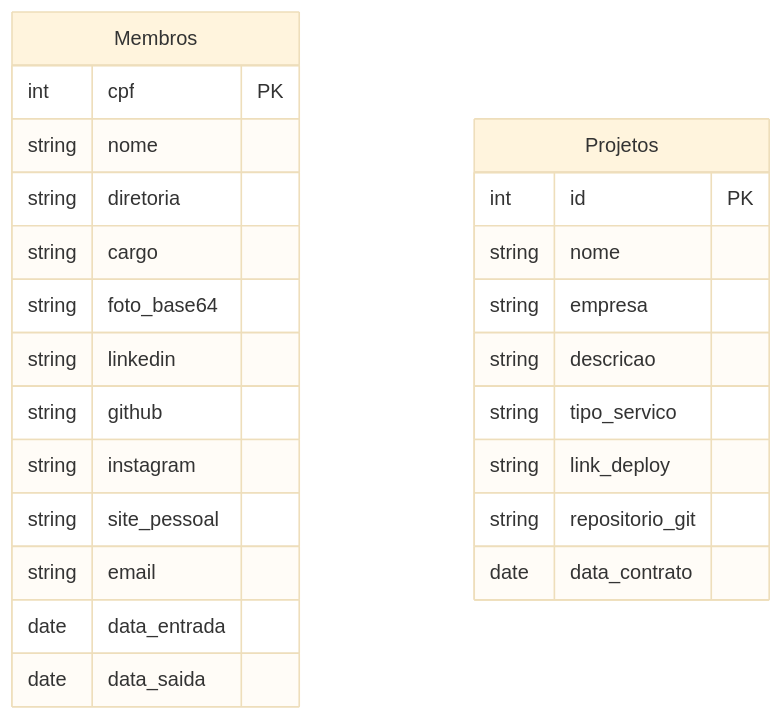
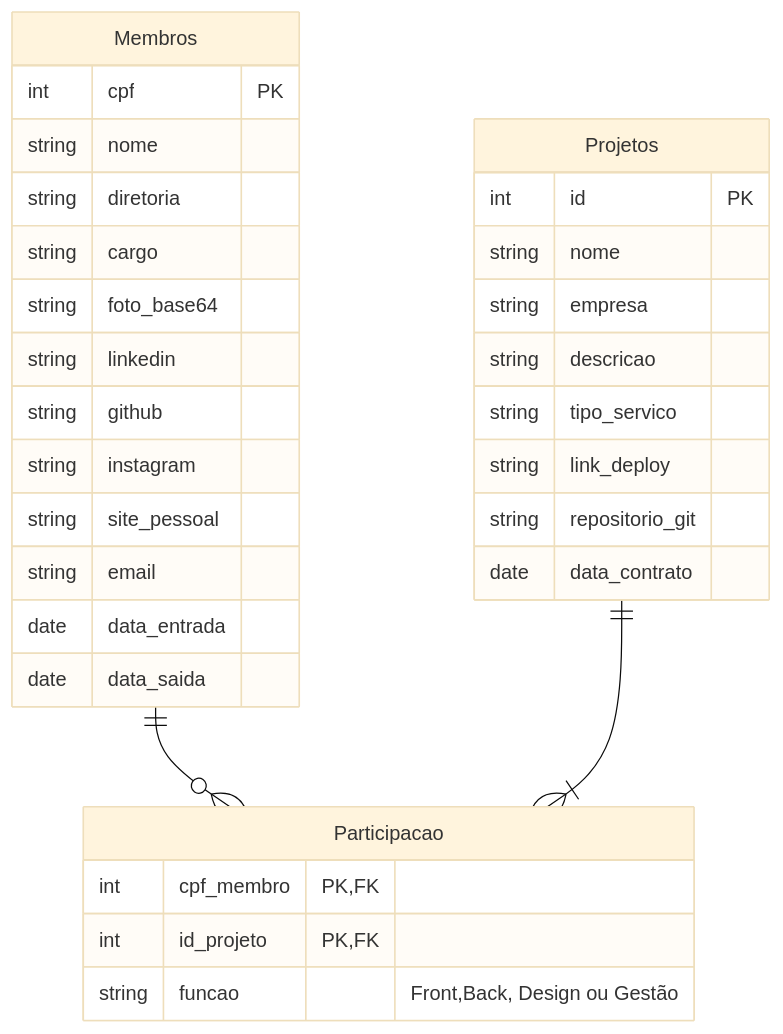
One commit to inove-jr/i9-website changed the diagram in README.md. Above: the diagram before and after it, drawn with Mermaid (base theme).

Commit message:
docs: add link to visual identity

````diff
--- a/README.md
+++ b/README.md
@@ -112,27 +112,35 @@
 ```mermaid
 erDiagram
     Membros {
         int cpf PK
         string nome
         string diretoria
         string cargo
         string foto_base64
         string linkedin
         string github
         string instagram
         string site_pessoal
         string email
         date data_entrada
         date data_saida
     }
     Projetos {
         int id PK
         string nome 
         string empresa
         string descricao
         string tipo_servico
         string link_deploy
         string repositorio_git
         date data_contrato
     }
+    Participacao {
+        int cpf_membro PK,FK
+        int id_projeto PK,FK
+        string funcao "Front,Back, Design ou Gestão"
+    }
+
+    Membros only one to zero or many Participacao : ""
+    Projetos only one to one or many Participacao : ""
 ```
````
